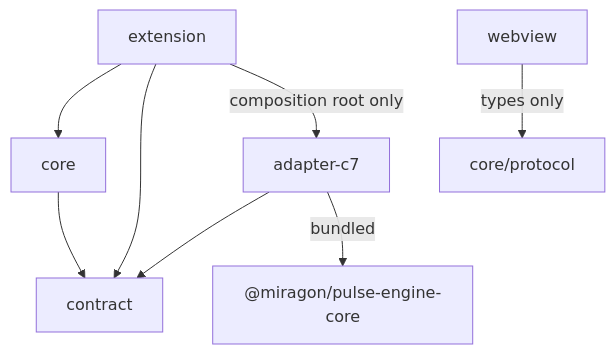
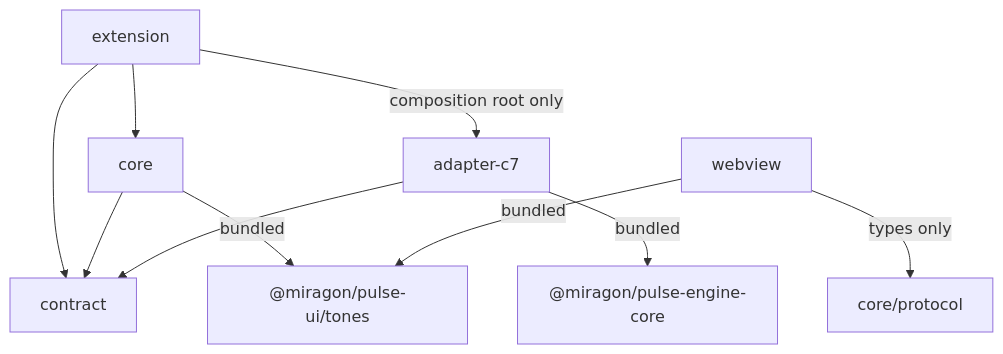
Before and after one commit to Miragon/pulse: the third of 7 diagrams in apps/vscode/docs/architecture-overview.md, drawn with Mermaid. The commit also changed other lines of this file and 69 other files, not shown here.

First line of the commit message:
refactor(ui)!: the tone ladder lives in @miragon/pulse-ui/tones

````diff
--- a/apps/vscode/docs/architecture-overview.md
+++ b/apps/vscode/docs/architecture-overview.md
@@ -127,10 +127,12 @@
 ```mermaid
 flowchart TB
   extension --> core
   extension --> contract
   extension -- composition root only --> adapterC7[adapter-c7]
   core --> contract
   webview -- types only --> protocol[core/protocol]
   adapterC7 --> contract
   adapterC7 -- bundled --> engineCore["@miragon/pulse-engine-core"]
+  core -- bundled --> tones["@miragon/pulse-ui/tones"]
+  webview -- bundled --> tones
 ```
````
